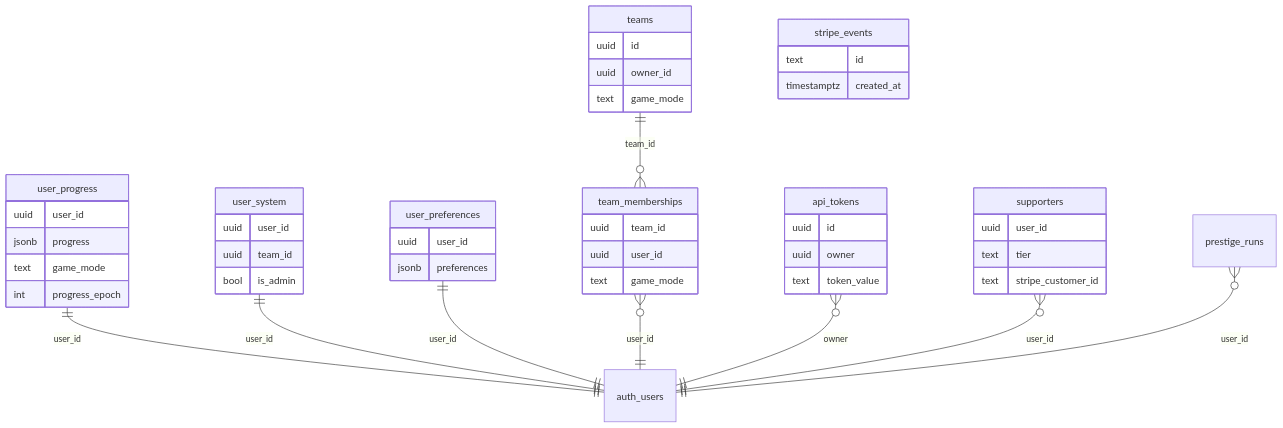
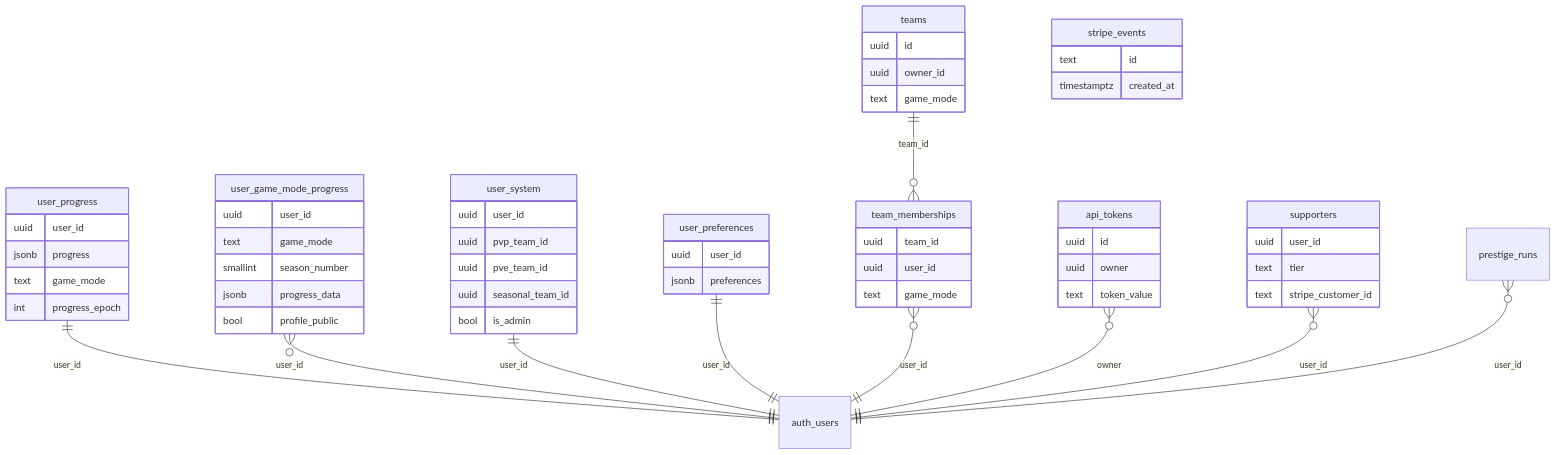
One commit to tarkovtracker-org/TarkovTracker changed the third of 3 diagrams in docs/agent-context/summary/data_models.md. Above: the diagram before and after it, drawn with Mermaid. The commit also changed other lines of this file and 7 other files, not shown here.

````diff
--- a/docs/agent-context/summary/data_models.md
+++ b/docs/agent-context/summary/data_models.md
@@ -177,51 +177,61 @@
 ```mermaid
 erDiagram
     user_progress ||--|| auth_users : "user_id"
+    user_game_mode_progress }o--|| auth_users : "user_id"
     user_system ||--|| auth_users : "user_id"
     user_preferences ||--|| auth_users : "user_id"
     teams ||--o{ team_memberships : "team_id"
     team_memberships }o--|| auth_users : "user_id"
     api_tokens }o--|| auth_users : "owner"
     supporters }o--|| auth_users : "user_id"
     prestige_runs }o--|| auth_users : "user_id"
 
     user_progress {
         uuid user_id
         jsonb progress
         text game_mode
         int progress_epoch
     }
+    user_game_mode_progress {
+        uuid user_id
+        text game_mode
+        smallint season_number
+        jsonb progress_data
+        bool profile_public
+    }
     user_system {
         uuid user_id
-        uuid team_id
+        uuid pvp_team_id
+        uuid pve_team_id
+        uuid seasonal_team_id
         bool is_admin
     }
     user_preferences {
         uuid user_id
         jsonb preferences
     }
     teams {
         uuid id
         uuid owner_id
         text game_mode
     }
     team_memberships {
         uuid team_id
         uuid user_id
         text game_mode
     }
     api_tokens {
         uuid id
         uuid owner
         text token_value
     }
     supporters {
         uuid user_id
         text tier
         text stripe_customer_id
     }
     stripe_events {
         text id
         timestamptz created_at
     }
 ```
````
